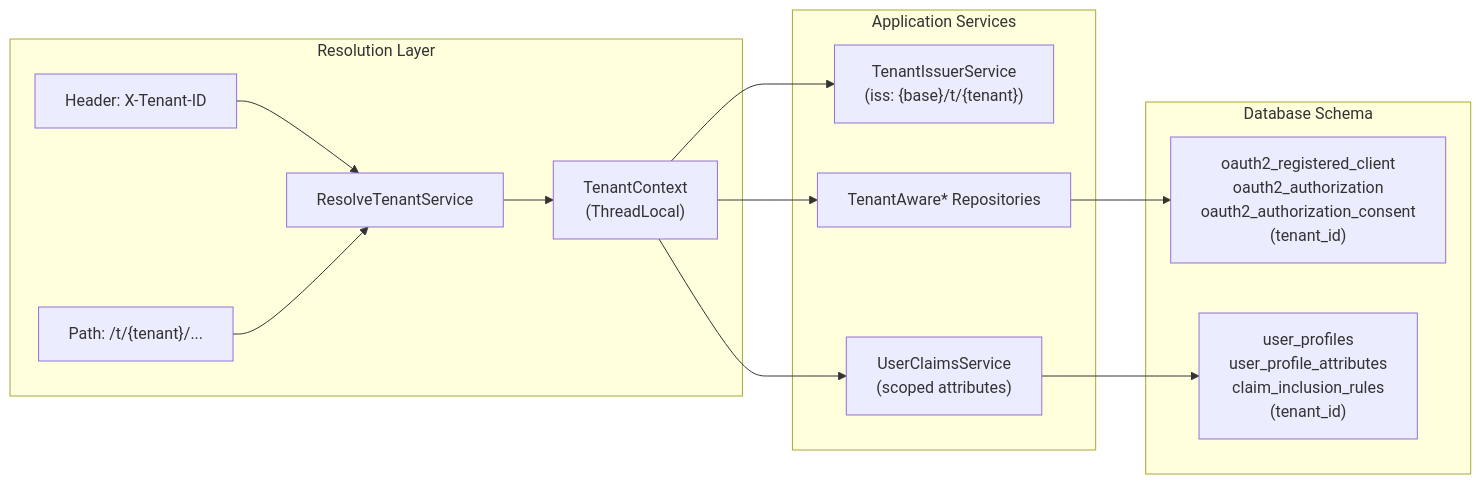
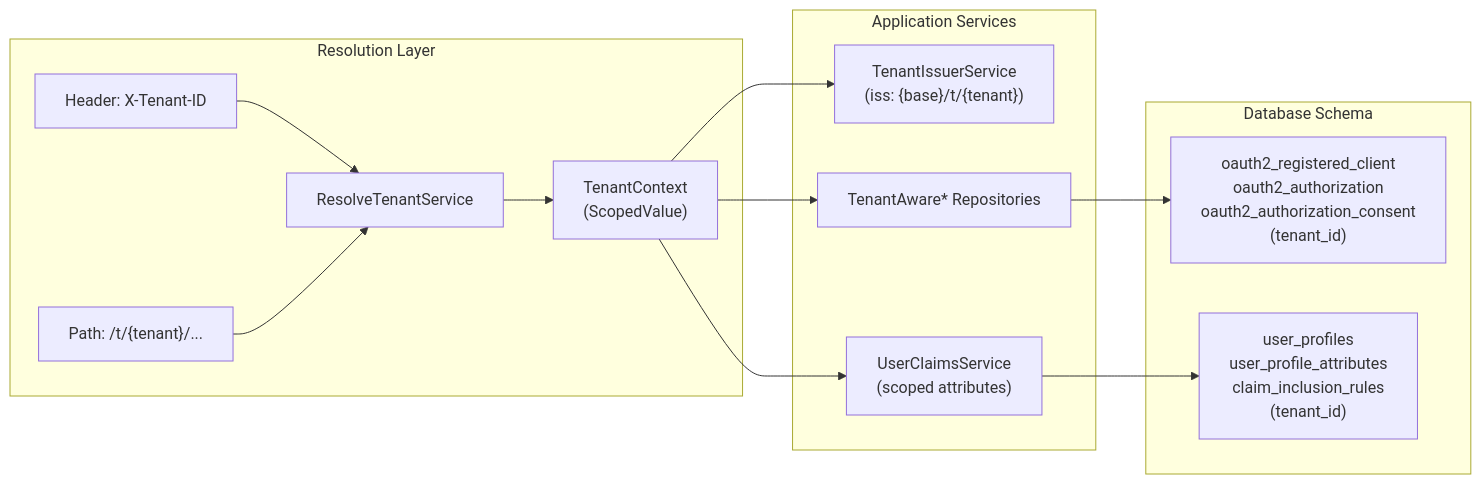
One commit to edmaputra/ed-idp changed the third of 7 diagrams in docs/architecture/00-architecture.md. Above: the diagram before and after it, drawn with Mermaid. The commit also changed other lines of this file and 26 other files, not shown here.

First line of the commit message:
feat: Upgrade to Java 25, Spring Boot 4.1.1, and migrate to ScopedValue

````diff
--- a/docs/architecture/00-architecture.md
+++ b/docs/architecture/00-architecture.md
@@ -123,19 +123,19 @@
 ```mermaid
 flowchart LR
     subgraph Ingress["Resolution Layer"]
         H["Header: X-Tenant-ID"] --> RT["ResolveTenantService"]
         P["Path: /t/{tenant}/..."] --> RT
-        RT --> TC["TenantContext\n(ThreadLocal)"]
+        RT --> TC["TenantContext\n(ScopedValue)"]
     end
 
     subgraph Service["Application Services"]
         TC --> TIS["TenantIssuerService\n(iss: {base}/t/{tenant})"]
         TC --> UCS["UserClaimsService\n(scoped attributes)"]
         TC --> TRepo["TenantAware* Repositories"]
     end
 
     subgraph Storage["Database Schema"]
         TRepo --> DBOAuth["oauth2_registered_client\noauth2_authorization\noauth2_authorization_consent\n(tenant_id)"]
         UCS --> DBUser["user_profiles\nuser_profile_attributes\nclaim_inclusion_rules\n(tenant_id)"]
     end
 ```
````
